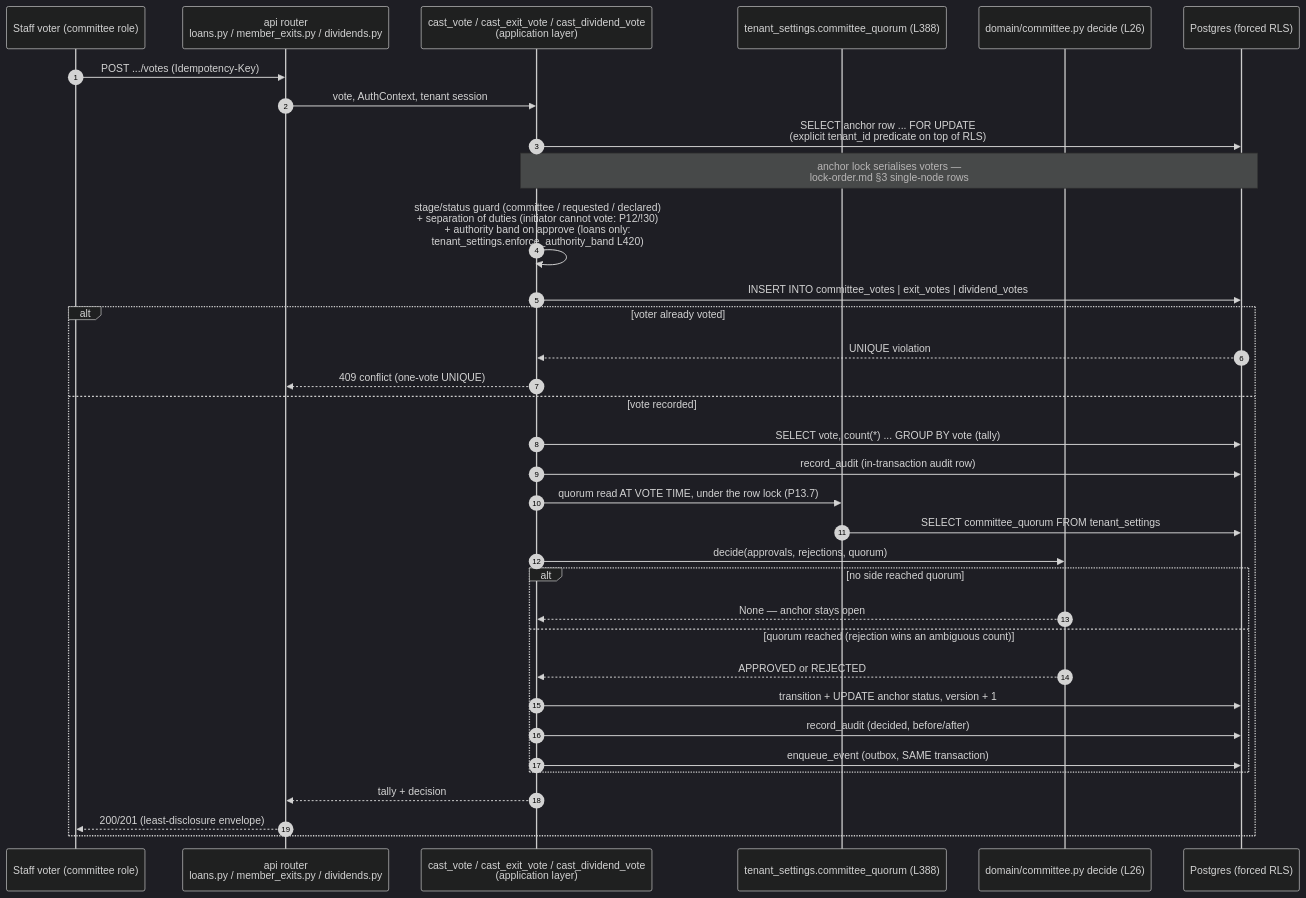
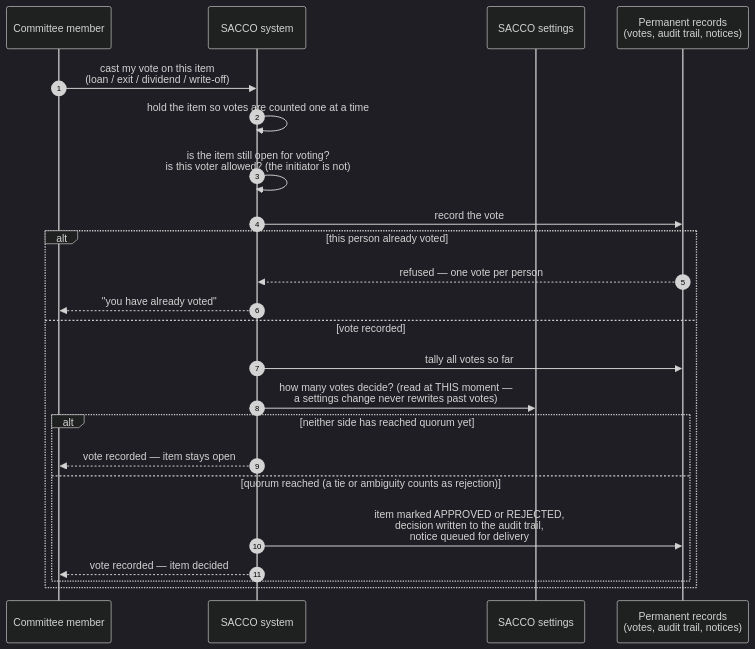
The diagram in docs/diagrams/sequence-committee-voting.md (Benson-Kim/genesis-sacco), drawn with Mermaid (dark theme) before and after one commit. The commit also changed other lines of this file and 2 other files, not shown here.

First line of the commit message:
docs(diagrams): the three P-DIAG.5 sequence diagrams redrawn business-readable, as-built

````diff
--- a/docs/diagrams/sequence-committee-voting.md
+++ b/docs/diagrams/sequence-committee-voting.md
@@ -39,37 +46,26 @@
 ```mermaid
 sequenceDiagram
     autonumber
-    participant V as Staff voter (committee role)
-    participant API as api router<br/>loans.py / member_exits.py / dividends.py
-    participant SVC as cast_vote / cast_exit_vote / cast_dividend_vote<br/>(application layer)
-    participant CFG as tenant_settings.committee_quorum (L388)
-    participant DOM as domain/committee.py decide (L26)
-    participant PG as Postgres (forced RLS)
+    participant V as Committee member
+    participant SYS as SACCO system
+    participant CFG as SACCO settings
+    participant REC as Permanent records<br/>(votes, audit trail, notices)
 
-    V->>API: POST .../votes (Idempotency-Key)
-    API->>SVC: vote, AuthContext, tenant session
-    SVC->>PG: SELECT anchor row ... FOR UPDATE<br/>(explicit tenant_id predicate on top of RLS)
-    Note over SVC,PG: anchor lock serialises voters —<br/>lock-order.md §3 single-node rows
-    SVC->>SVC: stage/status guard (committee / requested / declared)<br/>+ separation of duties (initiator cannot vote: P12/!30)<br/>+ authority band on approve (loans only:<br/>tenant_settings.enforce_authority_band L420)
-    SVC->>PG: INSERT INTO committee_votes | exit_votes | dividend_votes
-    alt voter already voted
-        PG-->>SVC: UNIQUE violation
-        SVC-->>API: 409 conflict (one-vote UNIQUE)
+    V->>SYS: cast my vote on this item<br/>(loan / exit / dividend / write-off)
+    SYS->>SYS: hold the item so votes are counted one at a time
+    SYS->>SYS: is the item still open for voting?<br/>is this voter allowed? (the initiator is not)
+    SYS->>REC: record the vote
+    alt this person already voted
+        REC-->>SYS: refused — one vote per person
+        SYS-->>V: "you have already voted"
     else vote recorded
-        SVC->>PG: SELECT vote, count(*) ... GROUP BY vote (tally)
-        SVC->>PG: record_audit (in-transaction audit row)
-        SVC->>CFG: quorum read AT VOTE TIME, under the row lock (P13.7)
-        CFG->>PG: SELECT committee_quorum FROM tenant_settings
-        SVC->>DOM: decide(approvals, rejections, quorum)
-        alt no side reached quorum
-            DOM-->>SVC: None — anchor stays open
-        else quorum reached (rejection wins an ambiguous count)
-            DOM-->>SVC: APPROVED or REJECTED
-            SVC->>PG: transition + UPDATE anchor status, version + 1
-            SVC->>PG: record_audit (decided, before/after)
-            SVC->>PG: enqueue_event (outbox, SAME transaction)
+        SYS->>REC: tally all votes so far
+        SYS->>CFG: how many votes decide? (read at THIS moment —<br/>a settings change never rewrites past votes)
+        alt neither side has reached quorum yet
+            SYS-->>V: vote recorded — item stays open
+        else quorum reached (a tie or ambiguity counts as rejection)
+            SYS->>REC: item marked APPROVED or REJECTED,<br/>decision written to the audit trail,<br/>notice queued for delivery
+            SYS-->>V: vote recorded — item decided
         end
-        SVC-->>API: tally + decision
-        API-->>V: 200/201 (least-disclosure envelope)
     end
 ```
````
